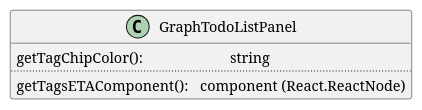
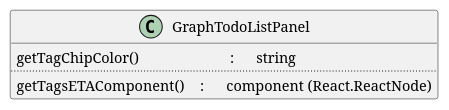
One commit to avasoft-mobility/workday-design changed the diagram in frontend/components/graph_todo_list_panel/graph_todo_list_panel.class.puml. Above: the diagram before and after it, drawn with PlantUML. The commit also changed 3 other files, not shown here.

```diff
--- a/frontend/components/graph_todo_list_panel/graph_todo_list_panel.class.puml
+++ b/frontend/components/graph_todo_list_panel/graph_todo_list_panel.class.puml
@@ -1,8 +1,8 @@
 @startuml GraphTodoListPanel
 
 class GraphTodoListPanel {
-    getTagChipColor(): \t\t\t string
+    getTagChipColor()\t\t\t : \tstring
     ..
-    getTagsETAComponent(): \t component (React.ReactNode)
+    getTagsETAComponent()\t : \tcomponent (React.ReactNode)
 }
 @enduml
```
